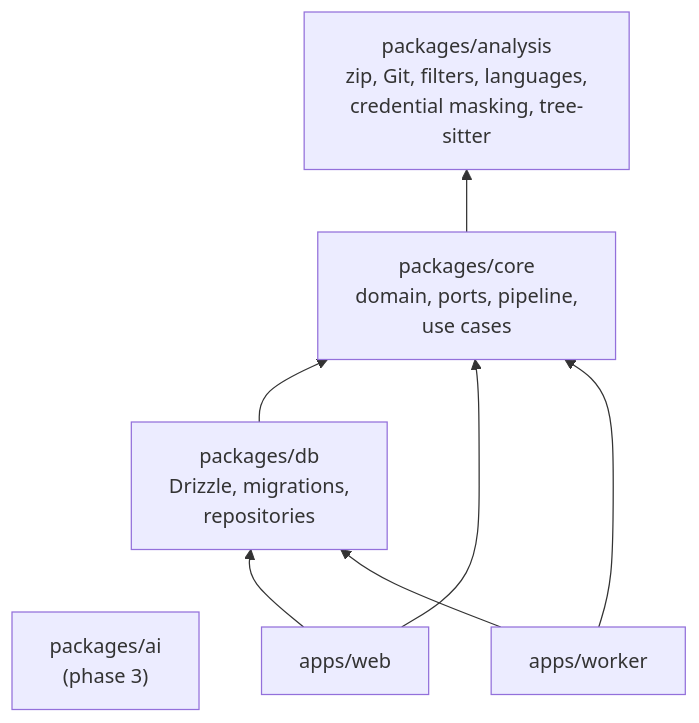
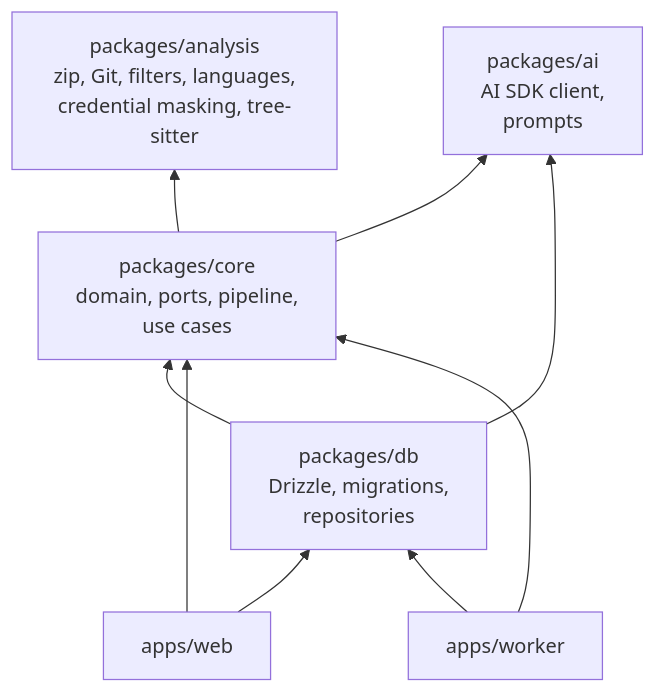
One commit to CalogeroPisano/rag-generator-app changed the second of 2 diagrams in docs/architecture.md. Above: the diagram before and after it, drawn with Mermaid. The commit also changed other lines of this file and 65 other files, not shown here.

````diff
--- a/docs/architecture.md
+++ b/docs/architecture.md
@@ -42,16 +44,18 @@
 ```mermaid
 flowchart BT
   analysis["packages/analysis<br/>zip, Git, filters, languages,<br/>credential masking, tree-sitter"]
   core["packages/core<br/>domain, ports, pipeline,<br/>use cases"]
   db["packages/db<br/>Drizzle, migrations,<br/>repositories"]
-  ai["packages/ai<br/>(phase 3)"]
+  ai["packages/ai<br/>AI SDK client,<br/>prompts"]
   web["apps/web"]
   worker["apps/worker"]
 
   core --> analysis
+  core --> ai
   db --> core
+  db --> ai
   web --> db
   web --> core
   worker --> db
   worker --> core
 ```
````
